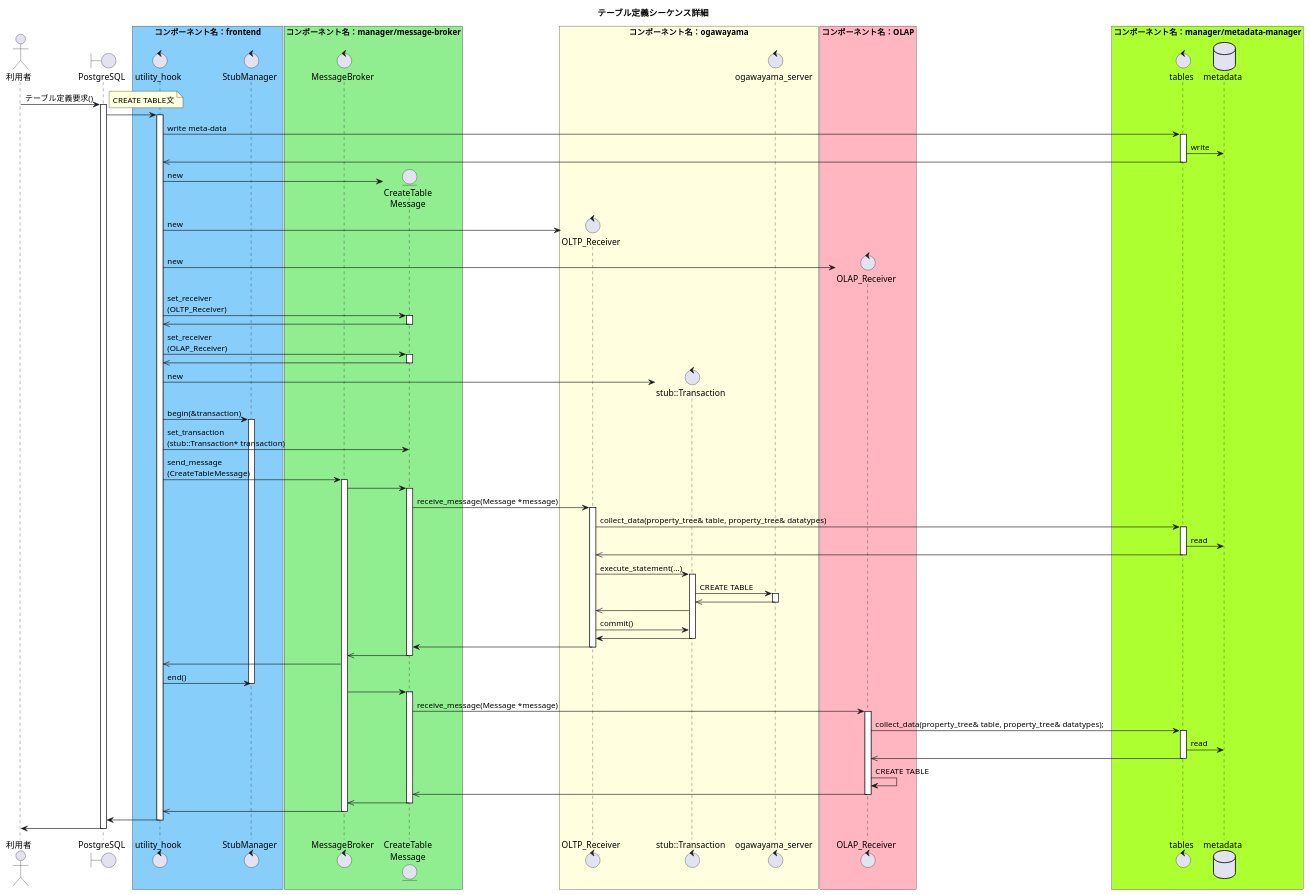
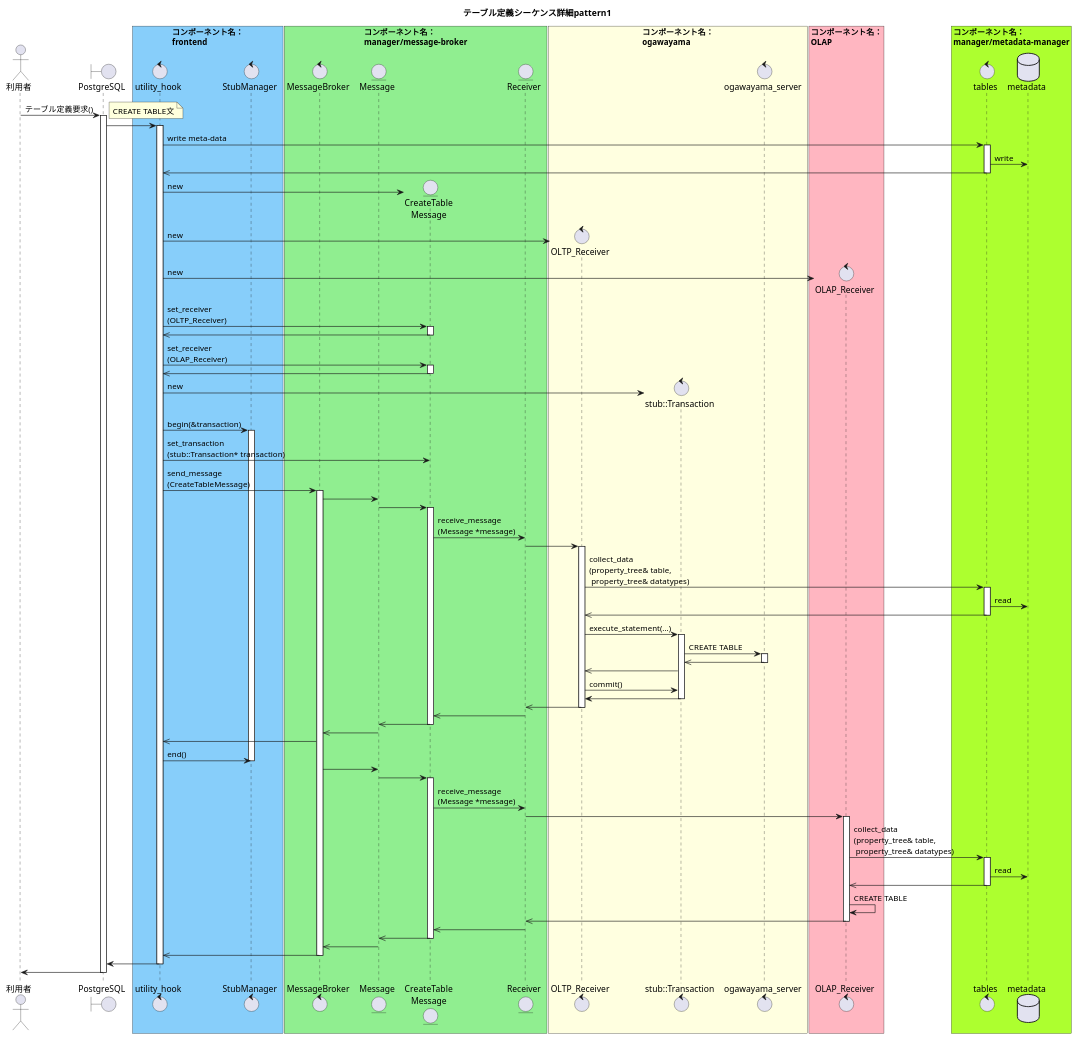
Before and after one commit to project-tsurugi/tsurugi_fdw: the diagram in docs/design/img/CREATE_TABLE_detail.pu, drawn with PlantUML.

Commit message:
Add Message and Receiver class

```diff
--- a/docs/design/img/CREATE_TABLE_detail.pu
+++ b/docs/design/img/CREATE_TABLE_detail.pu
@@ -5,125 +5,135 @@
-@startuml テーブル定義シーケンス詳細
+@startuml テーブル定義シーケンス詳細pattern1
 
-title テーブル定義シーケンス詳細
+title テーブル定義シーケンス詳細pattern1
 
 actor 利用者
 boundary PostgreSQL
 
-box "コンポーネント名：frontend" #LightSkyBlue
+box "コンポーネント名：\nfrontend" #LightSkyBlue
 control utility_hook
 control StubManager
 end box
 
-box "コンポーネント名：manager/message-broker" #LightGreen
+box "コンポーネント名：\nmanager/message-broker" #LightGreen
 control MessageBroker
+entity Message
 entity "CreateTable\nMessage" as concrete_message
+entity Receiver
 end box
 
-box "コンポーネント名：ogawayama" #LightYellow
+box "コンポーネント名：\nogawayama" #LightYellow
 control "OLTP_Receiver" as oltp_receiver
 control "stub::Transaction" as tran
 control ogawayama_server
 end box
 
-box "コンポーネント名：OLAP" #LightPink
+box "コンポーネント名：\nOLAP" #LightPink
 control "OLAP_Receiver" as olap_receiver
 end box
 
-box "コンポーネント名：manager/metadata-manager" #GreenYellow
+box "コンポーネント名：\nmanager/metadata-manager" #GreenYellow
 control tables
 database metadata
 end box
 
 利用者 -> PostgreSQL : テーブル定義要求()
 activate PostgreSQL
 note right
 CREATE TABLE文
 end note
 
 PostgreSQL -> utility_hook
 activate utility_hook
   ' write meta-data
   utility_hook -> tables : write meta-data
   activate tables
     tables -> metadata : write
     utility_hook <<- tables
   deactivate tables
 
   ' create objects
   create concrete_message
   utility_hook -> concrete_message : new
   create oltp_receiver
   utility_hook -> oltp_receiver : new
   create olap_receiver
   utility_hook -> olap_receiver : new
 
   ' set receiver
   utility_hook -> concrete_message : set_receiver\n(OLTP_Receiver)
   activate concrete_message
     utility_hook <<- concrete_message
   deactivate concrete_message
   utility_hook -> concrete_message : set_receiver\n(OLAP_Receiver)
   activate concrete_message
     utility_hook <<- concrete_message
   deactivate concrete_message
 
   ' begin transaction
   create tran
   utility_hook -> tran : new
   utility_hook -> StubManager : begin(&transaction)
   activate StubManager
   utility_hook -> concrete_message : set_transaction\n(stub::Transaction* transaction)
 
   ' send message to MessageBroker
   utility_hook -> MessageBroker : send_message\n(CreateTableMessage)
   activate MessageBroker
 
   ' execute command
-  MessageBroker -> concrete_message
+  MessageBroker -> Message
+  Message -> concrete_message
   activate concrete_message
-    concrete_message -> oltp_receiver : receive_message(Message *message)
+    concrete_message -> Receiver : receive_message\n(Message *message)
+    Receiver -> oltp_receiver
     activate oltp_receiver
-      oltp_receiver -> tables : collect_data(property_tree& table, property_tree& datatypes)
+      oltp_receiver -> tables : collect_data\n(property_tree& table,\n property_tree& datatypes)
       activate tables
         tables -> metadata : read
         oltp_receiver <<-tables
       deactivate tables
       oltp_receiver -> tran : execute_statement(...)
       activate tran
         tran -> ogawayama_server : CREATE TABLE
-        activate ogawayama_server
-        tran <<- ogawayama_server
-        deactivate ogawayama_server
-        tran ->> oltp_receiver
-      oltp_receiver -> tran : commit()
-      tran -> oltp_receiver
+          activate ogawayama_server
+            tran <<- ogawayama_server
+          deactivate ogawayama_server
+        oltp_receiver <<- tran
+        oltp_receiver -> tran : commit()
+        tran -> oltp_receiver
       deactivate tran
-      oltp_receiver -> concrete_message
+    Receiver <<- oltp_receiver
     deactivate oltp_receiver
-  MessageBroker <<- concrete_message
+    concrete_message <<- Receiver
+  Message <<- concrete_message
   deactivate concrete_message
+  MessageBroker <<- Message
   utility_hook <<- MessageBroker
   utility_hook -> StubManager : end()
   deactivate StubManager
-  MessageBroker -> concrete_message
+  MessageBroker -> Message
+  Message -> concrete_message
   activate concrete_message
-    concrete_message -> olap_receiver : receive_message(Message *message)
+    concrete_message -> Receiver : receive_message\n(Message *message)
+    Receiver -> olap_receiver
     activate olap_receiver
-      olap_receiver -> tables : collect_data(property_tree& table, property_tree& datatypes);
+      olap_receiver -> tables : collect_data\n(property_tree& table,\n property_tree& datatypes)
       activate tables
         tables -> metadata : read
         olap_receiver <<-tables
       deactivate tables
       olap_receiver -> olap_receiver : CREATE TABLE
-      concrete_message <<- olap_receiver
-    deactivate olap_receiver
-  MessageBroker <<- concrete_message
+      Receiver <<- olap_receiver
+      deactivate olap_receiver
+      concrete_message <<- Receiver
+  Message <<- concrete_message
   deactivate concrete_message
+  MessageBroker <<- Message
   utility_hook <<- MessageBroker
   deactivate MessageBroker
 utility_hook -> PostgreSQL
 deactivate utility_hook
 PostgreSQL -> 利用者
 deactivate PostgreSQL
 
 @enduml
```
